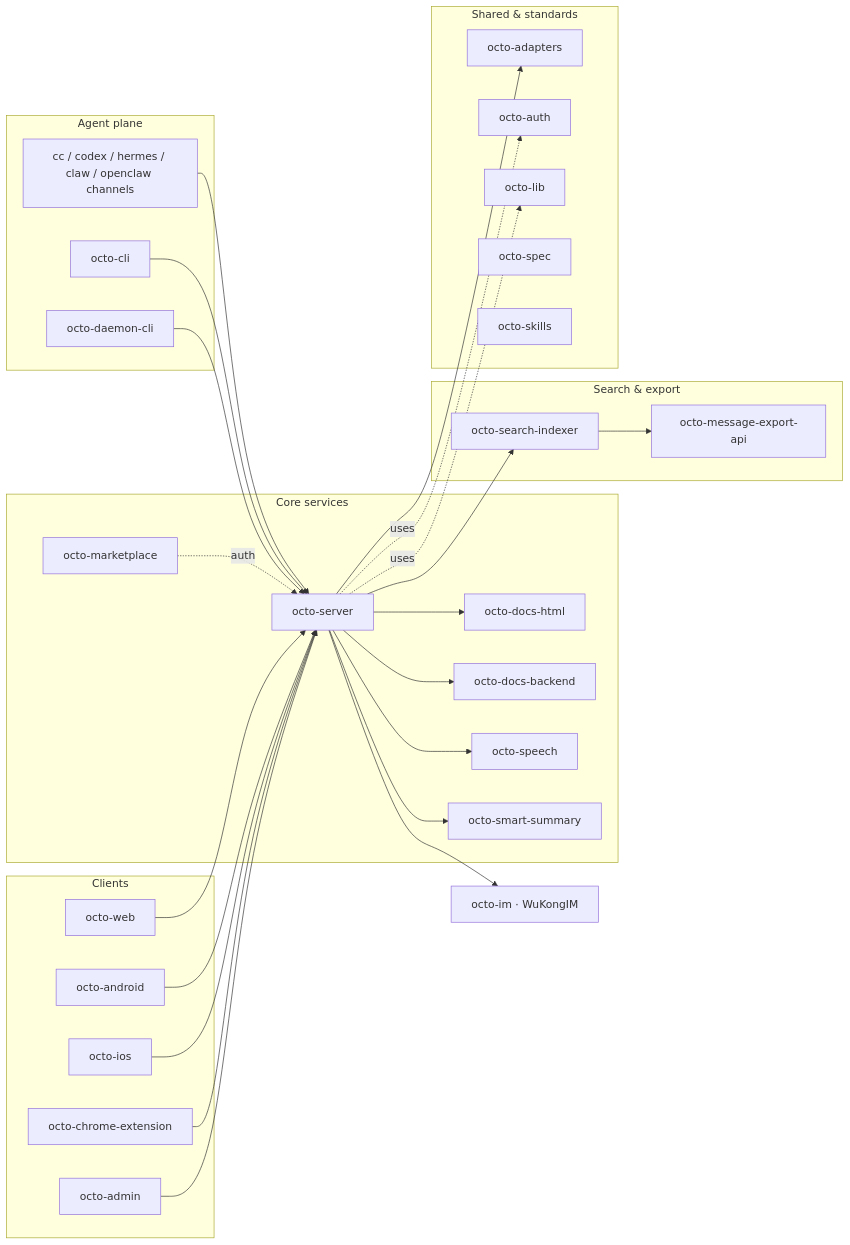
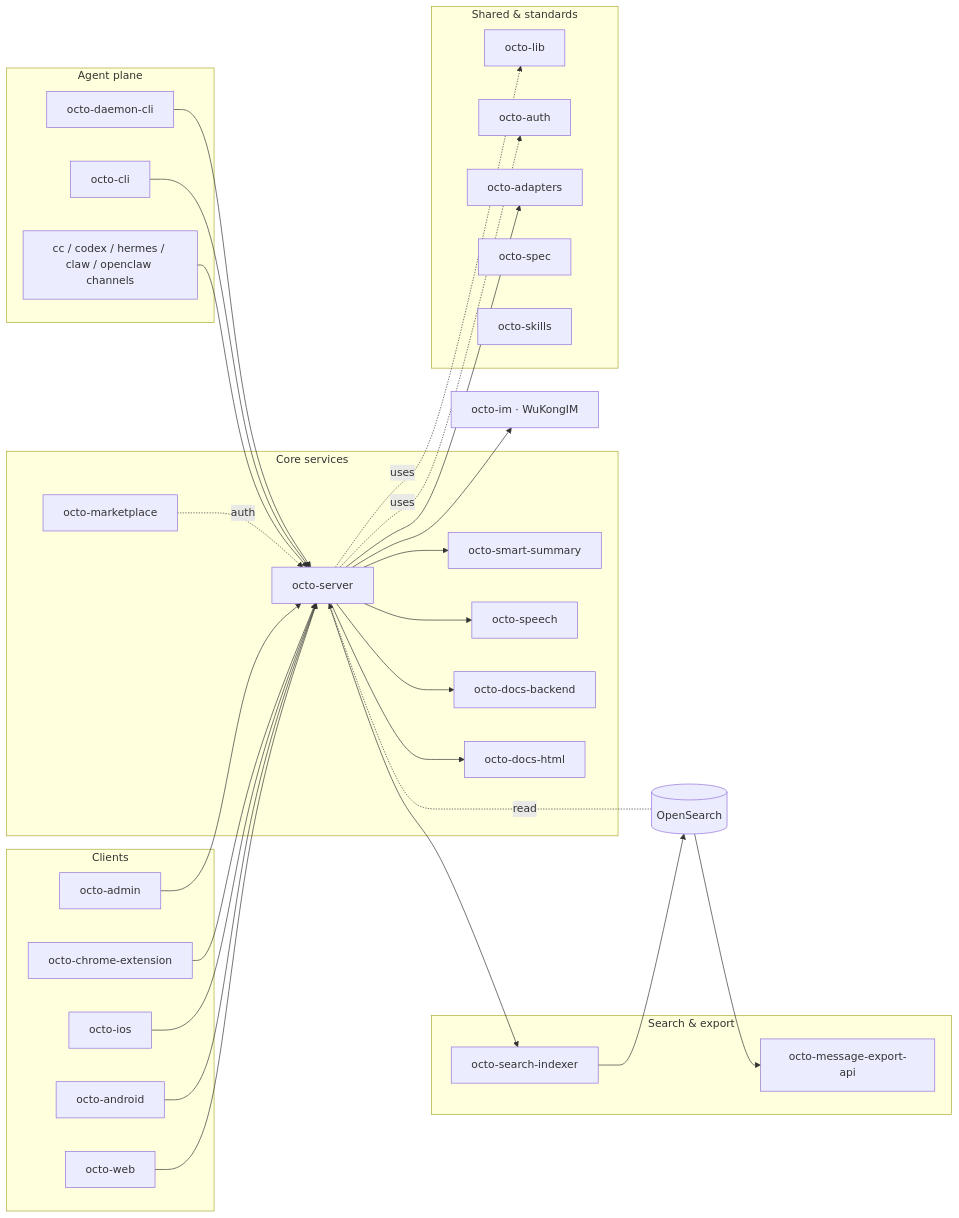
One commit to Mininglamp-OSS/octo-docs changed the diagram in ecosystem/repository-guide.mdx. Above: the diagram before and after it, drawn with Mermaid. The commit also changed 3 other files, not shown here.

````diff
--- a/ecosystem/repository-guide.mdx
+++ b/ecosystem/repository-guide.mdx
@@ -13,55 +13,58 @@
 ```mermaid
 graph LR
   subgraph clients["Clients"]
     web[octo-web]
     android[octo-android]
     ios[octo-ios]
     ext[octo-chrome-extension]
     adm[octo-admin]
   end
   subgraph coregrp["Core services"]
     server[octo-server]
     summary[octo-smart-summary]
     speech[octo-speech]
     market[octo-marketplace]
     dbe[octo-docs-backend]
     dhtml[octo-docs-html]
   end
   im[octo-im · WuKongIM]
+  osx[(OpenSearch)]
   subgraph searchgrp["Search & export"]
     idx[octo-search-indexer]
     exp[octo-message-export-api]
   end
   subgraph agentgrp["Agent plane"]
     channels[cc / codex / hermes / claw / openclaw channels]
     cli[octo-cli]
     daemon[octo-daemon-cli]
   end
   subgraph sharedgrp["Shared & standards"]
     lib[octo-lib]
     auth[octo-auth]
     adapters[octo-adapters]
     spec[octo-spec]
     skills[octo-skills]
   end
 
   web --> server
   android --> server
   ios --> server
   ext --> server
   adm --> server
   server --> im
   server --> summary
   server --> speech
   market -.auth.-> server
   server --> dbe
   server --> dhtml
   channels --> server
   cli --> server
   daemon --> server
   server --> idx
-  idx --> exp
+  idx --> osx
+  osx -.read.-> server
+  osx --> exp
   server -.uses.-> lib
   server -.uses.-> auth
   server --> adapters
 ```
````
